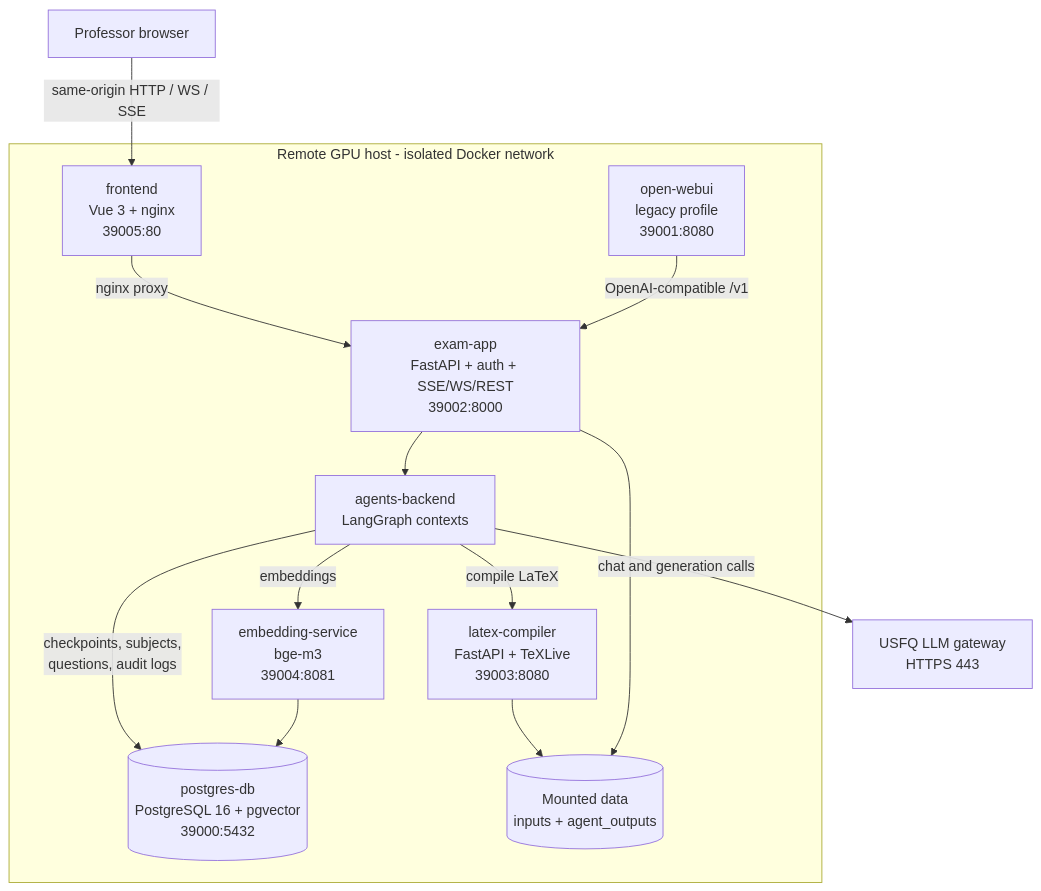
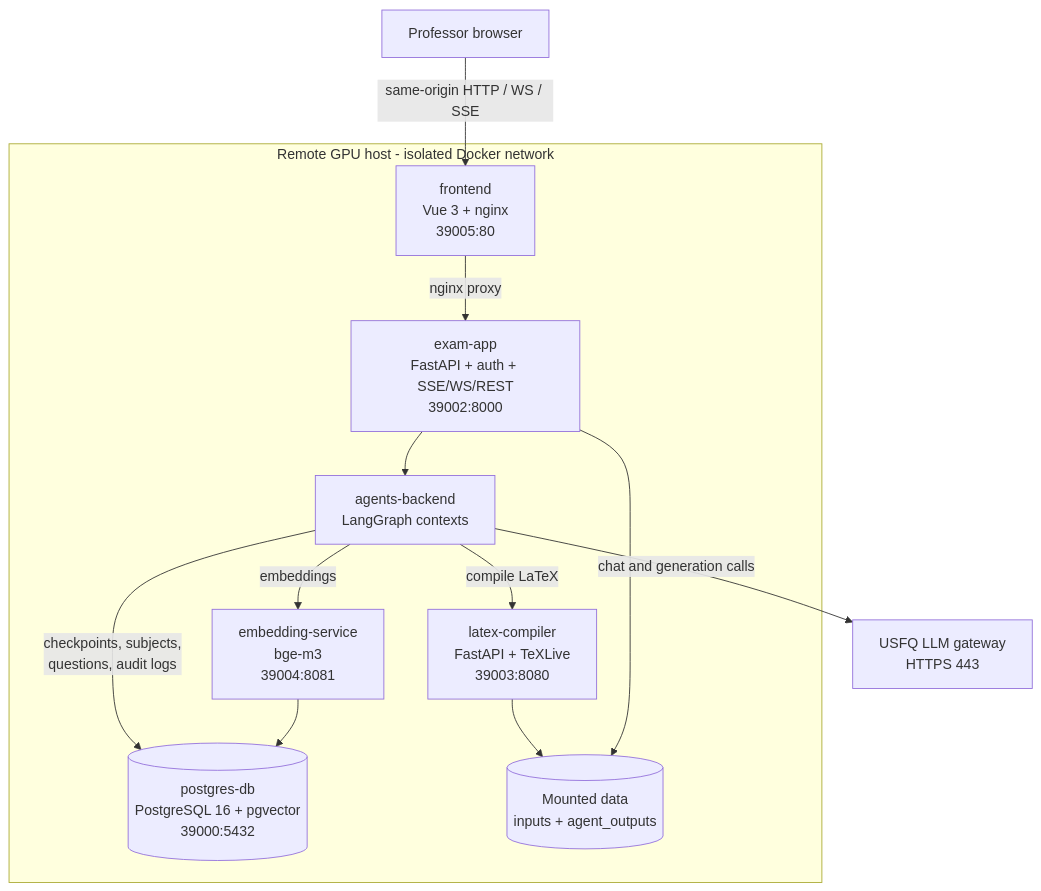
The second of 26 diagrams in docs/graphs.md (danilo-pilacuan/examgen-project), drawn with Mermaid before and after one commit. The commit also changed other lines of this file and 5 other files, not shown here.

First line of the commit message:
docs(graphs): restrict graphs to user mode and add thesis view

````diff
--- a/docs/graphs.md
+++ b/docs/graphs.md
@@ -44,28 +45,26 @@
 ```mermaid
 flowchart TB
     subgraph host["Remote GPU host - isolated Docker network"]
         fe["frontend<br/>Vue 3 + nginx<br/>39005:80"]
         app["exam-app<br/>FastAPI + auth + SSE/WS/REST<br/>39002:8000"]
         agent["agents-backend<br/>LangGraph contexts"]
         db[("postgres-db<br/>PostgreSQL 16 + pgvector<br/>39000:5432")]
         emb["embedding-service<br/>bge-m3<br/>39004:8081"]
         latex["latex-compiler<br/>FastAPI + TeXLive<br/>39003:8080"]
-        webui["open-webui<br/>legacy profile<br/>39001:8080"]
         files[("Mounted data<br/>inputs + agent_outputs")]
     end
 
     professor["Professor browser"]
     llm["USFQ LLM gateway<br/>HTTPS 443"]
 
     professor -->|"same-origin HTTP / WS / SSE"| fe
     fe -->|"nginx proxy"| app
-    webui -->|"OpenAI-compatible /v1"| app
     app --> agent
     agent -->|"checkpoints, subjects,<br/>questions, audit logs"| db
     agent -->|"embeddings"| emb
     emb --> db
     agent -->|"compile LaTeX"| latex
     latex --> files
     agent -->|"chat and generation calls"| llm
     app --> files
 ```
````
